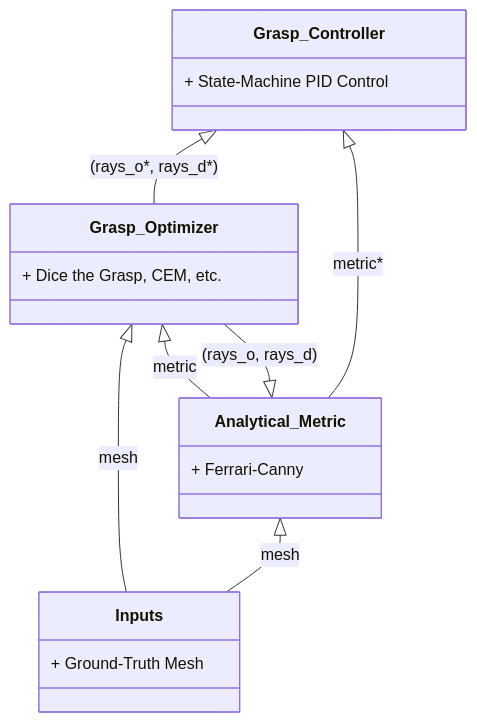
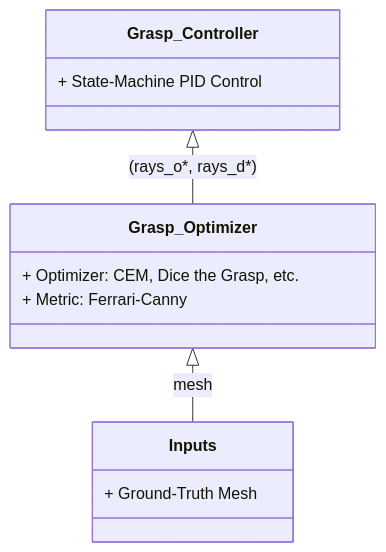
One commit to tylerlum/nerf_grasping changed the first of 5 diagrams in README.md. Above: the diagram before and after it, drawn with Mermaid. The commit also changed other lines of this file, not shown here.

````diff
--- a/README.md
+++ b/README.md
@@ -10,24 +10,16 @@
 ```mermaid
 classDiagram
     Grasp_Optimizer <|-- Inputs: mesh
-    Analytical_Metric <|-- Inputs: mesh
-
-    Analytical_Metric <|-- Grasp_Optimizer: (rays_o, rays_d)
-
     Grasp_Controller <|-- Grasp_Optimizer: (rays_o*, rays_d*)
-    Grasp_Optimizer <|-- Analytical_Metric: metric
-    Grasp_Controller <|-- Analytical_Metric: metric*
 
     class Grasp_Controller{
       + State-Machine PID Control
     }
-    class Analytical_Metric{
-      + Ferrari-Canny
-    }
     class Grasp_Optimizer{
-      + Dice the Grasp, CEM, etc.
+      + Optimizer: CEM, Dice the Grasp, etc.
+      + Metric: Ferrari-Canny
     }
     class Inputs{
       + Ground-Truth Mesh
     }
 ```
````
